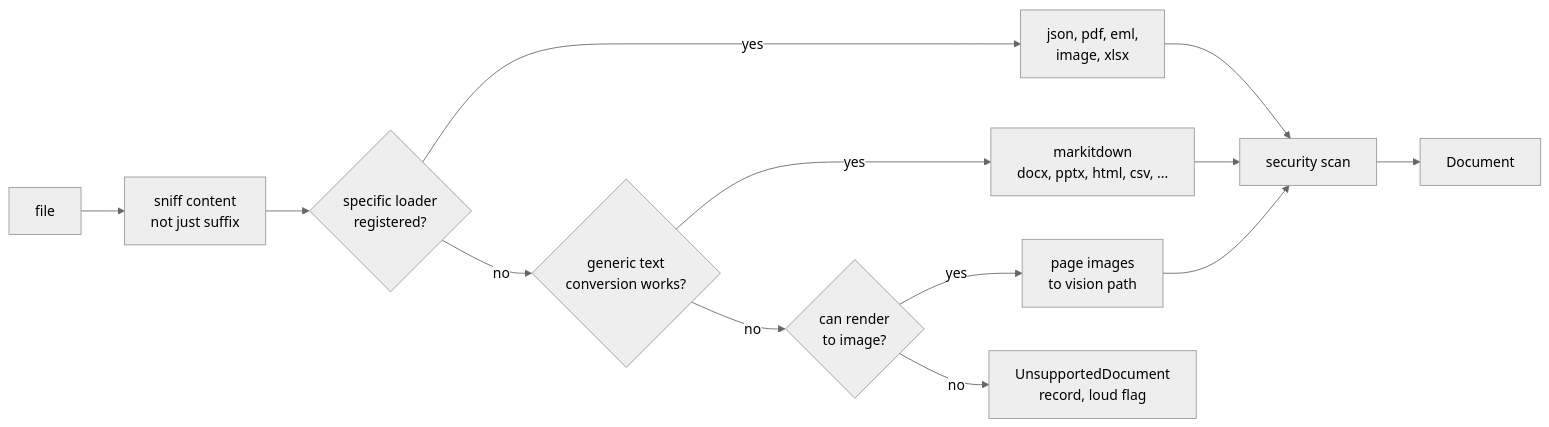
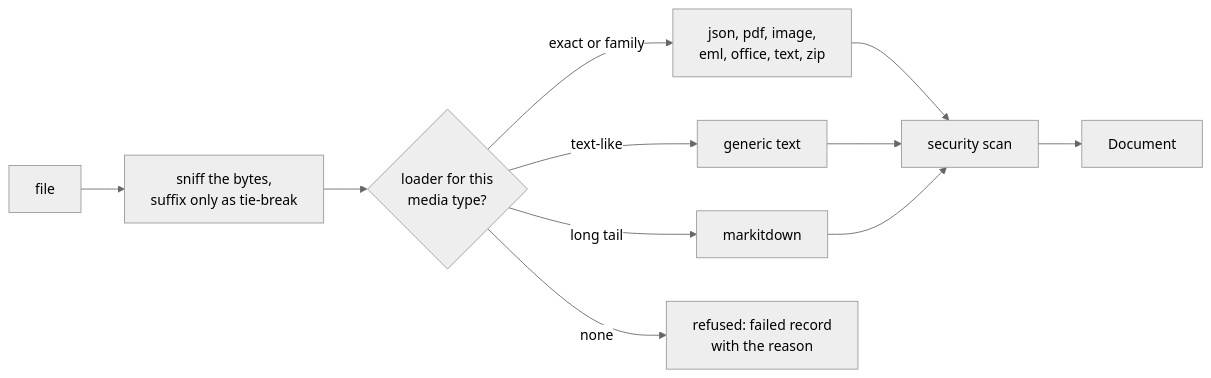
Before and after one commit to sean-carmody5/docintel: the second of 3 diagrams in PLAN.md, drawn with Mermaid (neutral theme). The commit also changed other lines of this file and 2 other files, not shown here.

````diff
--- a/PLAN.md
+++ b/PLAN.md
@@ -101,15 +55,13 @@
 ```mermaid
 flowchart LR
-  A[file] --> S[sniff content<br/>not just suffix]
-  S --> R{specific loader<br/>registered?}
-  R -->|yes| L[json, pdf, eml,<br/>image, xlsx]
-  R -->|no| G{generic text<br/>conversion works?}
-  G -->|yes| M[markitdown<br/>docx, pptx, html, csv, ...]
-  G -->|no| I{can render<br/>to image?}
-  I -->|yes| V[page images<br/>to vision path]
-  I -->|no| U[UnsupportedDocument<br/>record, loud flag]
+  A[file] --> S[sniff the bytes,<br/>suffix only as tie-break]
+  S --> R{loader for this<br/>media type?}
+  R -->|exact or family| L[json, pdf, image,<br/>eml, office, text, zip]
+  R -->|text-like| T[generic text]
+  R -->|long tail| M[markitdown]
+  R -->|none| U[refused: failed record<br/>with the reason]
   L --> SEC[security scan]
+  T --> SEC
   M --> SEC
-  V --> SEC
   SEC --> DOC[Document]
 ```
````
